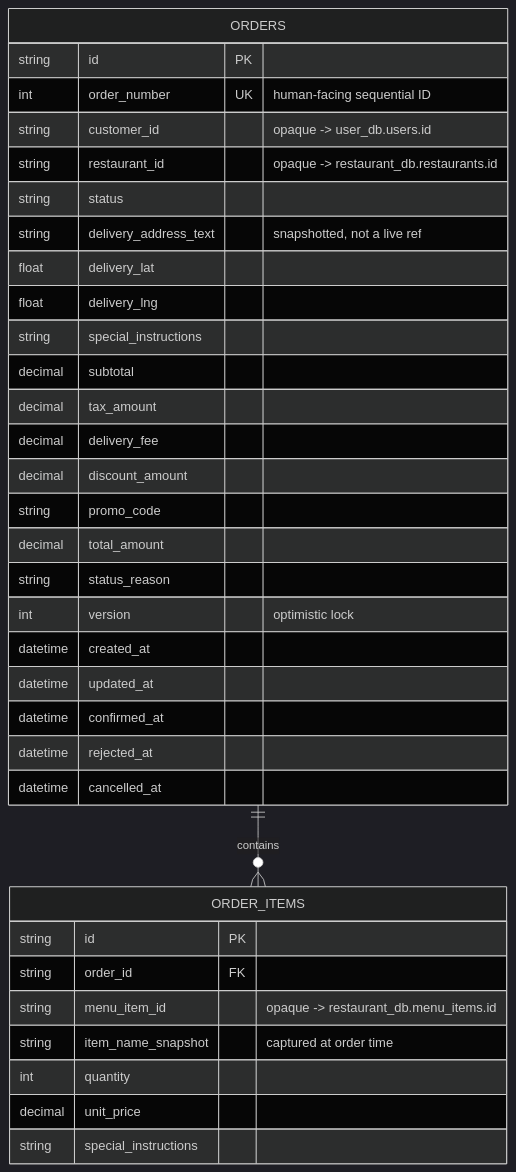
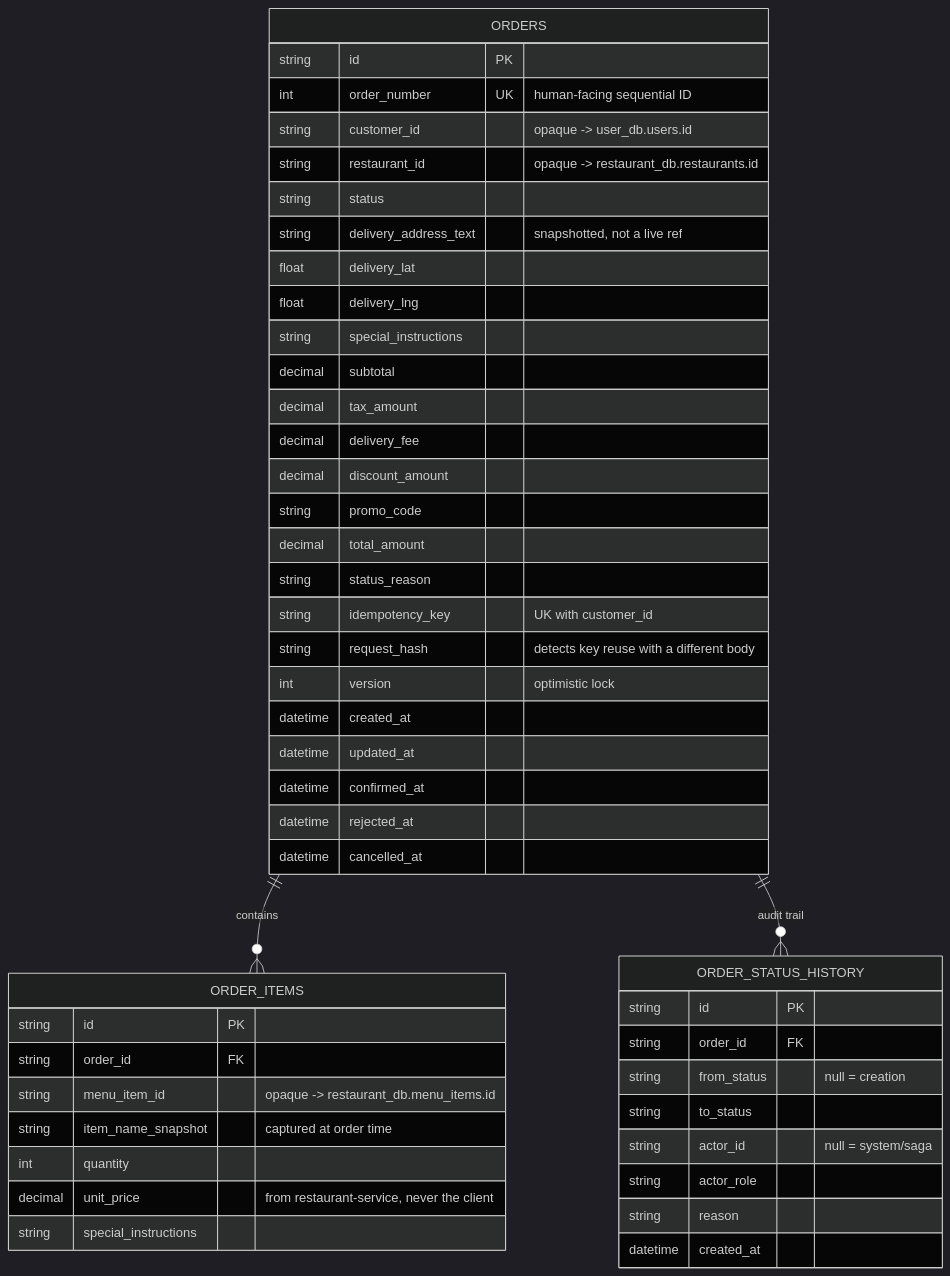
The fourth of 9 diagrams in docs/diagrams.md (umer-emumba/smartfoodops-ms), drawn with Mermaid (dark theme) before and after one commit. The commit also changed other lines of this file and 66 other files, not shown here.

````diff
--- a/docs/diagrams.md
+++ b/docs/diagrams.md
@@ -156,38 +171,51 @@
 ```mermaid
 erDiagram
     ORDERS ||--o{ ORDER_ITEMS : contains
+    ORDERS ||--o{ ORDER_STATUS_HISTORY : "audit trail"
 
     ORDERS {
         string id PK
         int order_number UK "human-facing sequential ID"
         string customer_id "opaque -> user_db.users.id"
         string restaurant_id "opaque -> restaurant_db.restaurants.id"
         string status
         string delivery_address_text "snapshotted, not a live ref"
         float delivery_lat
         float delivery_lng
         string special_instructions
         decimal subtotal
         decimal tax_amount
         decimal delivery_fee
         decimal discount_amount
         string promo_code
         decimal total_amount
         string status_reason
+        string idempotency_key "UK with customer_id"
+        string request_hash "detects key reuse with a different body"
         int version "optimistic lock"
         datetime created_at
         datetime updated_at
         datetime confirmed_at
         datetime rejected_at
         datetime cancelled_at
     }
     ORDER_ITEMS {
         string id PK
         string order_id FK
         string menu_item_id "opaque -> restaurant_db.menu_items.id"
         string item_name_snapshot "captured at order time"
         int quantity
-        decimal unit_price
+        decimal unit_price "from restaurant-service, never the client"
         string special_instructions
     }
+    ORDER_STATUS_HISTORY {
+        string id PK
+        string order_id FK
+        string from_status "null = creation"
+        string to_status
+        string actor_id "null = system/saga"
+        string actor_role
+        string reason
+        datetime created_at
+    }
 ```
````
